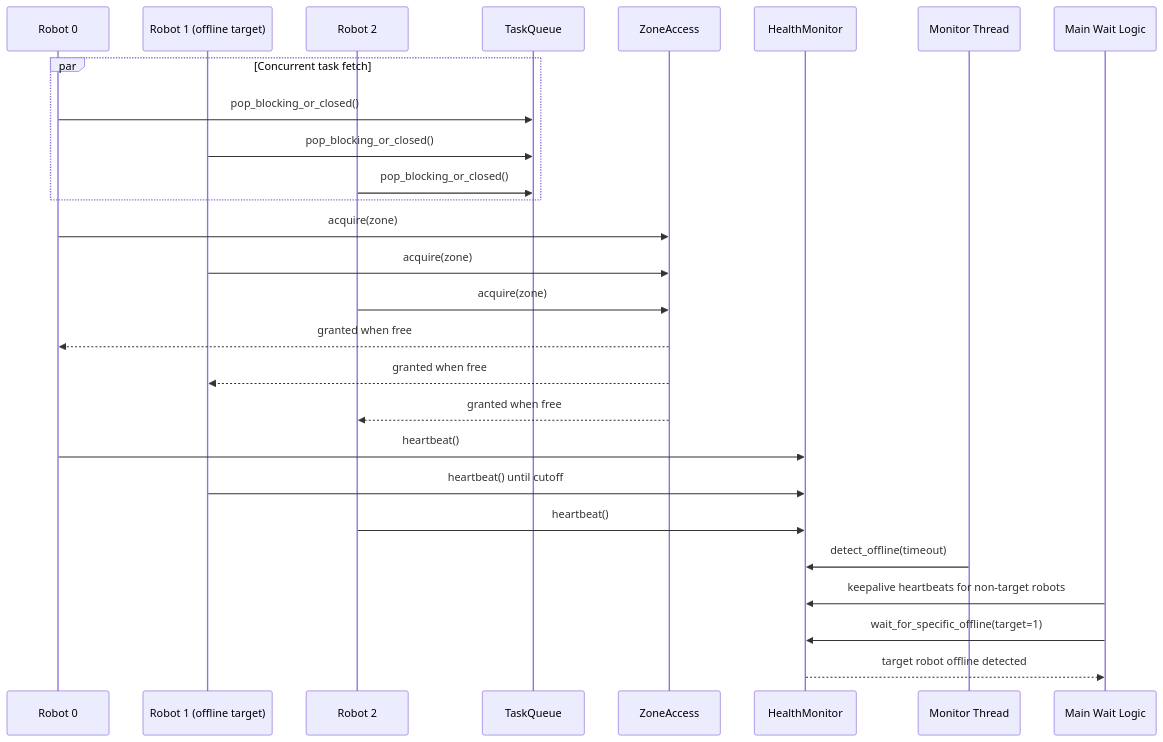
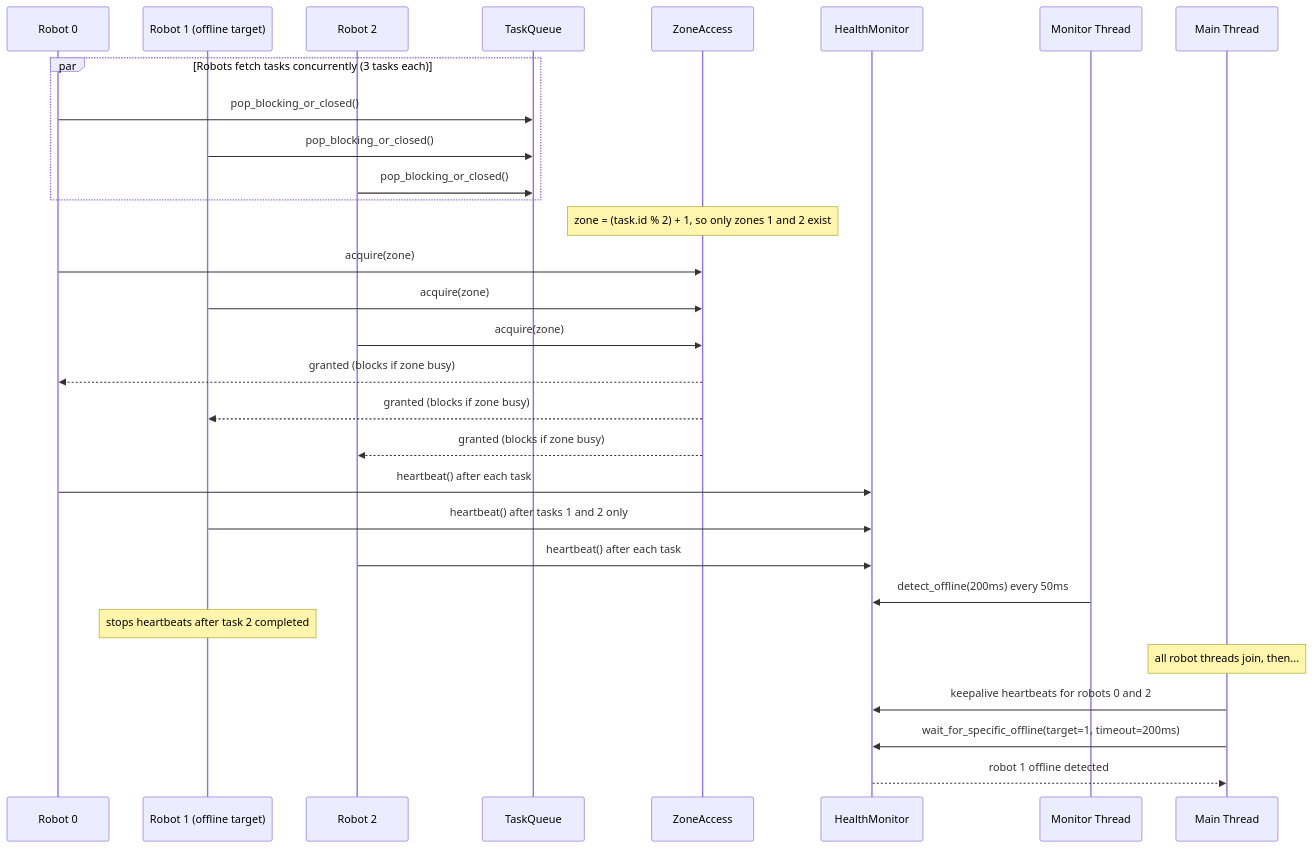
Before and after one commit to HaochenFa/Medical-Care-Robot-Coordination-System-Core: the second of 6 diagrams in DIAGRAMS.md, drawn with Mermaid. The commit also changed other lines of this file and 3 other files, not shown here.

Commit message:
docs: add VIDEO_GUIDE and update diagrams, README, report draft

````diff
--- a/DIAGRAMS.md
+++ b/DIAGRAMS.md
@@ -38,33 +46,39 @@
 ```mermaid
 sequenceDiagram
     participant R0 as Robot 0
     participant R1 as Robot 1 (offline target)
     participant R2 as Robot 2
     participant Q as TaskQueue
     participant Z as ZoneAccess
     participant H as HealthMonitor
     participant M as Monitor Thread
-    participant W as Main Wait Logic
+    participant Main as Main Thread
 
-    par Concurrent task fetch
+    par Robots fetch tasks concurrently (3 tasks each)
         R0->>Q: pop_blocking_or_closed()
         R1->>Q: pop_blocking_or_closed()
         R2->>Q: pop_blocking_or_closed()
     end
 
+    note over Z: zone = (task.id % 2) + 1, so only zones 1 and 2 exist
+
     R0->>Z: acquire(zone)
     R1->>Z: acquire(zone)
     R2->>Z: acquire(zone)
-    Z-->>R0: granted when free
-    Z-->>R1: granted when free
-    Z-->>R2: granted when free
+    Z-->>R0: granted (blocks if zone busy)
+    Z-->>R1: granted (blocks if zone busy)
+    Z-->>R2: granted (blocks if zone busy)
 
-    R0->>H: heartbeat()
-    R1->>H: heartbeat() until cutoff
-    R2->>H: heartbeat()
+    R0->>H: heartbeat() after each task
+    R1->>H: heartbeat() after tasks 1 and 2 only
+    R2->>H: heartbeat() after each task
 
-    M->>H: detect_offline(timeout)
-    W->>H: keepalive heartbeats for non-target robots
-    W->>H: wait_for_specific_offline(target=1)
-    H-->>W: target robot offline detected
+    M->>H: detect_offline(200ms) every 50ms
+
+    note over R1: stops heartbeats after task 2 completed
+
+    note over Main: all robot threads join, then...
+    Main->>H: keepalive heartbeats for robots 0 and 2
+    Main->>H: wait_for_specific_offline(target=1, timeout=200ms)
+    H-->>Main: robot 1 offline detected
 ```
````
